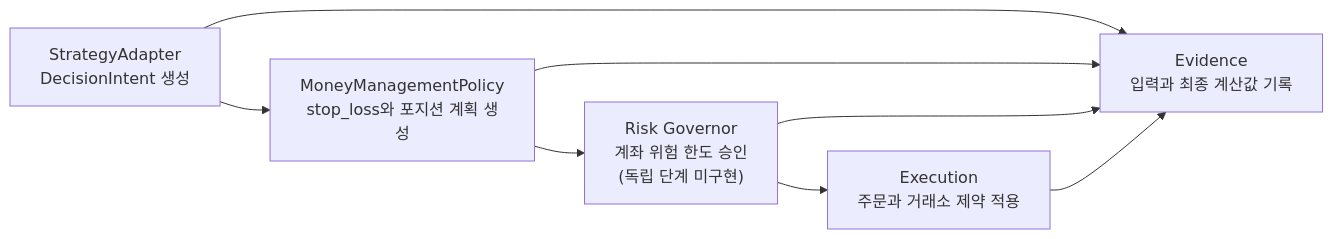
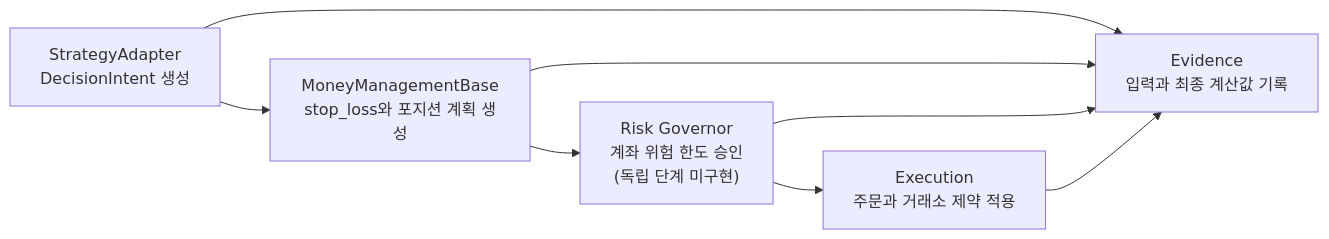
The diagram in docs/strategy-authoring-contract.md (vessel35/trading-system-v2), drawn with Mermaid before and after one commit. The commit also changed other lines of this file and 17 other files, not shown here.

````diff
--- a/docs/strategy-authoring-contract.md
+++ b/docs/strategy-authoring-contract.md
@@ -194,16 +194,16 @@
 ```mermaid
 flowchart LR
     A["StrategyAdapter<br/>DecisionIntent 생성"]
-    B["MoneyManagementPolicy<br/>stop_loss와 포지션 계획 생성"]
+    B["MoneyManagementBase<br/>stop_loss와 포지션 계획 생성"]
     C["Risk Governor<br/>계좌 위험 한도 승인<br/>(독립 단계 미구현)"]
     D["Execution<br/>주문과 거래소 제약 적용"]
     E["Evidence<br/>입력과 최종 계산값 기록"]
 
     A --> B
     B --> C
     C --> D
     A --> E
     B --> E
     C --> E
     D --> E
 ```
````
